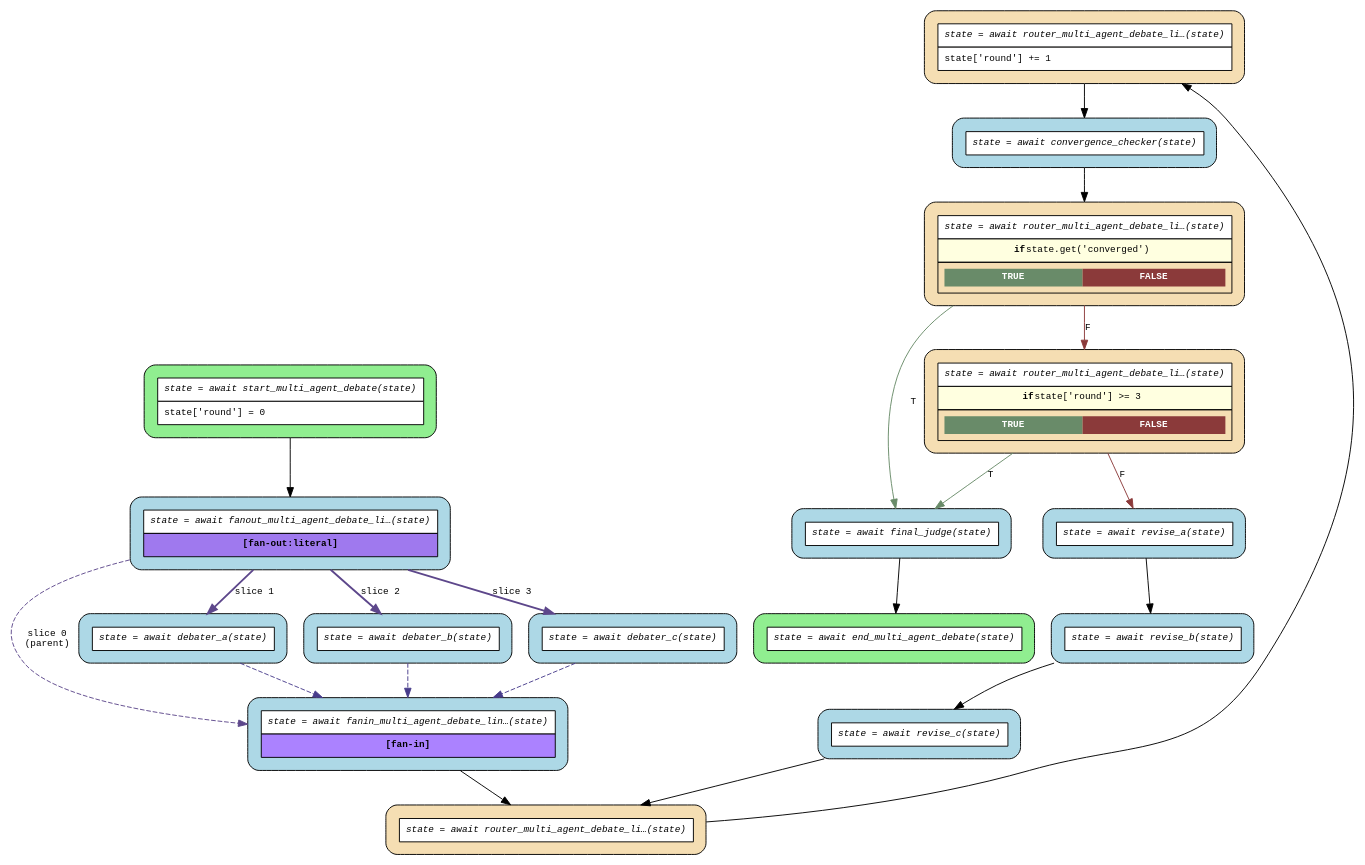
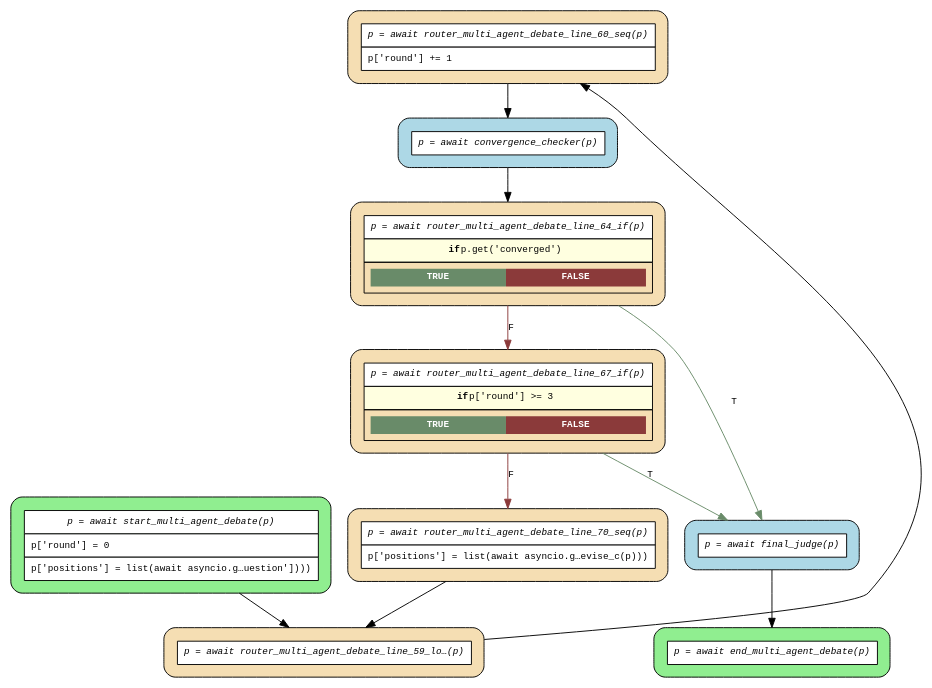
One commit to mrhillsman-enterprise-ai/asya changed the diagram in examples/flows/agentic/compiled/multi_agent_debate/flow.dot. Above: the diagram before and after it, drawn with Graphviz. The commit also changed 161 other files, not shown here.

First line of the commit message:
fix(flow-compiler): generate SVG instead of PNG for deterministic pre-commit flow diagrams [bvs4] (#302)

```diff
--- a/examples/flows/agentic/compiled/multi_agent_debate/flow.dot
+++ b/examples/flows/agentic/compiled/multi_agent_debate/flow.dot
@@ -1,44 +1,27 @@
 digraph flow {
   rankdir=TB;
   graph [fontname="Courier", fontsize=10];
   node [fontname="Courier", fontsize=10, shape=box, style="filled,rounded", margin="0.2"];
   edge [fontname="Courier", fontsize=10];
 
-  start_multi_agent_debate [fillcolor="lightgreen", group="main", label=<<table border="0" cellspacing="0" cellpadding="6" cellborder="1"><tr><td bgcolor="white" align="center"><i>state = await start_multi_agent_debate(state)</i></td></tr><tr><td bgcolor="white" align="left">state['round'] = 0</td></tr></table>>];
-  router_multi_agent_debate_line_67_if [fillcolor="wheat", group="main", label=<<table border="0" cellspacing="0" cellpadding="6" cellborder="1"><tr><td bgcolor="white" align="center"><i>state = await router_multi_agent_debate_li…(state)</i></td></tr><tr><td bgcolor="lightyellow"><b>if</b> state['round'] &gt;= 3</td></tr><tr><td><table border="0" cellspacing="0" cellpadding="4"><tr><td bgcolor="darkseagreen4"><font color="white"><b>TRUE</b></font></td><td bgcolor="indianred4"><font color="white"><b>FALSE</b></font></td></tr></table></td></tr></table>>];
-  router_multi_agent_debate_line_64_if [fillcolor="wheat", group="main", label=<<table border="0" cellspacing="0" cellpadding="6" cellborder="1"><tr><td bgcolor="white" align="center"><i>state = await router_multi_agent_debate_li…(state)</i></td></tr><tr><td bgcolor="lightyellow"><b>if</b> state.get('converged')</td></tr><tr><td><table border="0" cellspacing="0" cellpadding="4"><tr><td bgcolor="darkseagreen4"><font color="white"><b>TRUE</b></font></td><td bgcolor="indianred4"><font color="white"><b>FALSE</b></font></td></tr></table></td></tr></table>>];
-  router_multi_agent_debate_line_59_seq [fillcolor="wheat", group="main", label=<<table border="0" cellspacing="0" cellpadding="6" cellborder="1"><tr><td bgcolor="white" align="center"><i>state = await router_multi_agent_debate_li…(state)</i></td></tr><tr><td bgcolor="white" align="left">state['round'] += 1</td></tr></table>>];
-  router_multi_agent_debate_line_58_loop_back_0 [fillcolor="wheat", group="main", label=<<table border="0" cellspacing="0" cellpadding="6" cellborder="1"><tr><td bgcolor="white" align="center"><i>state = await router_multi_agent_debate_li…(state)</i></td></tr></table>>];
-  fanout_multi_agent_debate_line_51 [fillcolor="lightblue", group="main", label=<<table border="0" cellspacing="0" cellpadding="6" cellborder="1"><tr><td bgcolor="white" align="center"><i>state = await fanout_multi_agent_debate_li…(state)</i></td></tr><tr><td bgcolor="mediumpurple2" align="center"><b>[fan-out:literal]</b></td></tr></table>>];
-  end_multi_agent_debate [fillcolor="lightgreen", group="main", label=<<table border="0" cellspacing="0" cellpadding="6" cellborder="1"><tr><td bgcolor="white" align="center"><i>state = await end_multi_agent_debate(state)</i></td></tr></table>>];
-  convergence_checker [fillcolor="lightblue", label=<<table border="0" cellspacing="0" cellpadding="6" cellborder="1"><tr><td bgcolor="white" align="center"><i>state = await convergence_checker(state)</i></td></tr></table>>];
-  debater_a [fillcolor="lightblue", label=<<table border="0" cellspacing="0" cellpadding="6" cellborder="1"><tr><td bgcolor="white" align="center"><i>state = await debater_a(state)</i></td></tr></table>>];
-  debater_b [fillcolor="lightblue", label=<<table border="0" cellspacing="0" cellpadding="6" cellborder="1"><tr><td bgcolor="white" align="center"><i>state = await debater_b(state)</i></td></tr></table>>];
-  debater_c [fillcolor="lightblue", label=<<table border="0" cellspacing="0" cellpadding="6" cellborder="1"><tr><td bgcolor="white" align="center"><i>state = await debater_c(state)</i></td></tr></table>>];
-  fanin_multi_agent_debate_line_51 [fillcolor="lightblue", label=<<table border="0" cellspacing="0" cellpadding="6" cellborder="1"><tr><td bgcolor="white" align="center"><i>state = await fanin_multi_agent_debate_lin…(state)</i></td></tr><tr><td bgcolor="mediumpurple1" align="center"><b>[fan-in]</b></td></tr></table>>];
-  final_judge [fillcolor="lightblue", label=<<table border="0" cellspacing="0" cellpadding="6" cellborder="1"><tr><td bgcolor="white" align="center"><i>state = await final_judge(state)</i></td></tr></table>>];
-  revise_a [fillcolor="lightblue", label=<<table border="0" cellspacing="0" cellpadding="6" cellborder="1"><tr><td bgcolor="white" align="center"><i>state = await revise_a(state)</i></td></tr></table>>];
-  revise_b [fillcolor="lightblue", label=<<table border="0" cellspacing="0" cellpadding="6" cellborder="1"><tr><td bgcolor="white" align="center"><i>state = await revise_b(state)</i></td></tr></table>>];
-  revise_c [fillcolor="lightblue", label=<<table border="0" cellspacing="0" cellpadding="6" cellborder="1"><tr><td bgcolor="white" align="center"><i>state = await revise_c(state)</i></td></tr></table>>];
+  start_multi_agent_debate [fillcolor="lightgreen", group="main", label=<<table border="0" cellspacing="0" cellpadding="6" cellborder="1"><tr><td bgcolor="white" align="center"><i>p = await start_multi_agent_debate(p)</i></td></tr><tr><td bgcolor="white" align="left">p['round'] = 0</td></tr><tr><td bgcolor="white" align="left">p['positions'] = list(await asyncio.g…uestion'])))</td></tr></table>>];
+  router_multi_agent_debate_line_70_seq [fillcolor="wheat", group="main", label=<<table border="0" cellspacing="0" cellpadding="6" cellborder="1"><tr><td bgcolor="white" align="center"><i>p = await router_multi_agent_debate_line_70_seq(p)</i></td></tr><tr><td bgcolor="white" align="left">p['positions'] = list(await asyncio.g…evise_c(p)))</td></tr></table>>];
+  router_multi_agent_debate_line_67_if [fillcolor="wheat", group="main", label=<<table border="0" cellspacing="0" cellpadding="6" cellborder="1"><tr><td bgcolor="white" align="center"><i>p = await router_multi_agent_debate_line_67_if(p)</i></td></tr><tr><td bgcolor="lightyellow"><b>if</b> p['round'] &gt;= 3</td></tr><tr><td><table border="0" cellspacing="0" cellpadding="4"><tr><td bgcolor="darkseagreen4"><font color="white"><b>TRUE</b></font></td><td bgcolor="indianred4"><font color="white"><b>FALSE</b></font></td></tr></table></td></tr></table>>];
+  router_multi_agent_debate_line_64_if [fillcolor="wheat", group="main", label=<<table border="0" cellspacing="0" cellpadding="6" cellborder="1"><tr><td bgcolor="white" align="center"><i>p = await router_multi_agent_debate_line_64_if(p)</i></td></tr><tr><td bgcolor="lightyellow"><b>if</b> p.get('converged')</td></tr><tr><td><table border="0" cellspacing="0" cellpadding="4"><tr><td bgcolor="darkseagreen4"><font color="white"><b>TRUE</b></font></td><td bgcolor="indianred4"><font color="white"><b>FALSE</b></font></td></tr></table></td></tr></table>>];
+  router_multi_agent_debate_line_60_seq [fillcolor="wheat", group="main", label=<<table border="0" cellspacing="0" cellpadding="6" cellborder="1"><tr><td bgcolor="white" align="center"><i>p = await router_multi_agent_debate_line_60_seq(p)</i></td></tr><tr><td bgcolor="white" align="left">p['round'] += 1</td></tr></table>>];
+  router_multi_agent_debate_line_59_loop_back_0 [fillcolor="wheat", group="main", label=<<table border="0" cellspacing="0" cellpadding="6" cellborder="1"><tr><td bgcolor="white" align="center"><i>p = await router_multi_agent_debate_line_59_lo…(p)</i></td></tr></table>>];
+  end_multi_agent_debate [fillcolor="lightgreen", group="main", label=<<table border="0" cellspacing="0" cellpadding="6" cellborder="1"><tr><td bgcolor="white" align="center"><i>p = await end_multi_agent_debate(p)</i></td></tr></table>>];
+  convergence_checker [fillcolor="lightblue", label=<<table border="0" cellspacing="0" cellpadding="6" cellborder="1"><tr><td bgcolor="white" align="center"><i>p = await convergence_checker(p)</i></td></tr></table>>];
+  final_judge [fillcolor="lightblue", label=<<table border="0" cellspacing="0" cellpadding="6" cellborder="1"><tr><td bgcolor="white" align="center"><i>p = await final_judge(p)</i></td></tr></table>>];
 
   convergence_checker -> router_multi_agent_debate_line_64_if;
-  debater_a -> fanin_multi_agent_debate_line_51 [color=slateblue4, style=dashed];
-  debater_b -> fanin_multi_agent_debate_line_51 [color=slateblue4, style=dashed];
-  debater_c -> fanin_multi_agent_debate_line_51 [color=slateblue4, style=dashed];
-  fanin_multi_agent_debate_line_51 -> router_multi_agent_debate_line_58_loop_back_0;
-  fanout_multi_agent_debate_line_51 -> debater_a [color=mediumpurple4, label="slice 1", style=bold];
-  fanout_multi_agent_debate_line_51 -> debater_b [color=mediumpurple4, label="slice 2", style=bold];
-  fanout_multi_agent_debate_line_51 -> debater_c [color=mediumpurple4, label="slice 3", style=bold];
-  fanout_multi_agent_debate_line_51 -> fanin_multi_agent_debate_line_51 [color=mediumpurple4, label="slice 0\n(parent)", style=dashed];
   final_judge -> end_multi_agent_debate;
-  revise_a -> revise_b;
-  revise_b -> revise_c;
-  revise_c -> router_multi_agent_debate_line_58_loop_back_0;
-  router_multi_agent_debate_line_58_loop_back_0 -> router_multi_agent_debate_line_59_seq [constraint=false];
-  router_multi_agent_debate_line_59_seq -> convergence_checker;
+  router_multi_agent_debate_line_59_loop_back_0 -> router_multi_agent_debate_line_60_seq [constraint=false];
+  router_multi_agent_debate_line_60_seq -> convergence_checker;
   router_multi_agent_debate_line_64_if -> final_judge [label="T", color=darkseagreen4];
   router_multi_agent_debate_line_64_if -> router_multi_agent_debate_line_67_if [label="F", color=indianred4];
   router_multi_agent_debate_line_67_if -> final_judge [label="T", color=darkseagreen4];
-  router_multi_agent_debate_line_67_if -> revise_a [label="F", color=indianred4];
-  start_multi_agent_debate -> fanout_multi_agent_debate_line_51;
+  router_multi_agent_debate_line_67_if -> router_multi_agent_debate_line_70_seq [label="F", color=indianred4];
+  router_multi_agent_debate_line_70_seq -> router_multi_agent_debate_line_59_loop_back_0;
+  start_multi_agent_debate -> router_multi_agent_debate_line_59_loop_back_0;
 }
```
